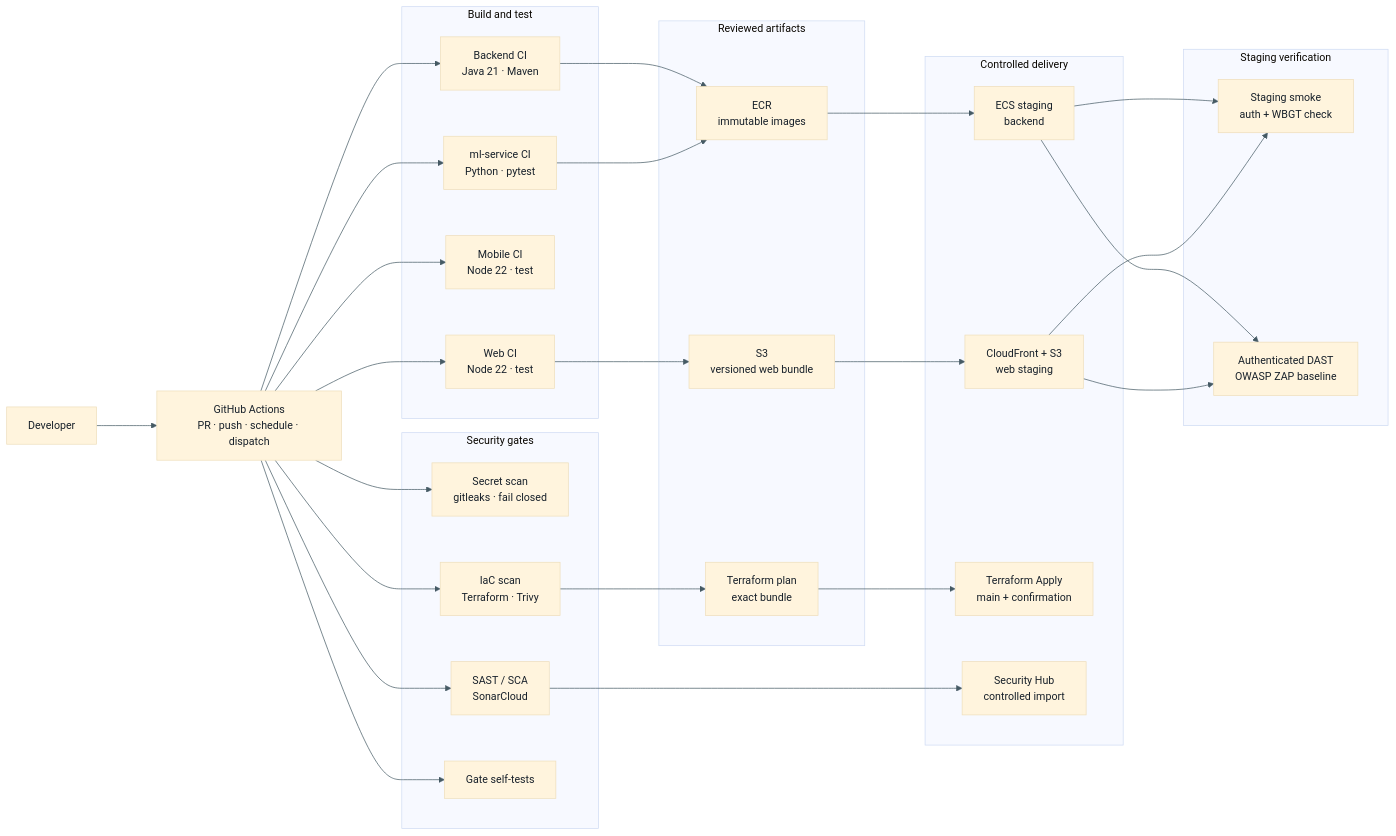
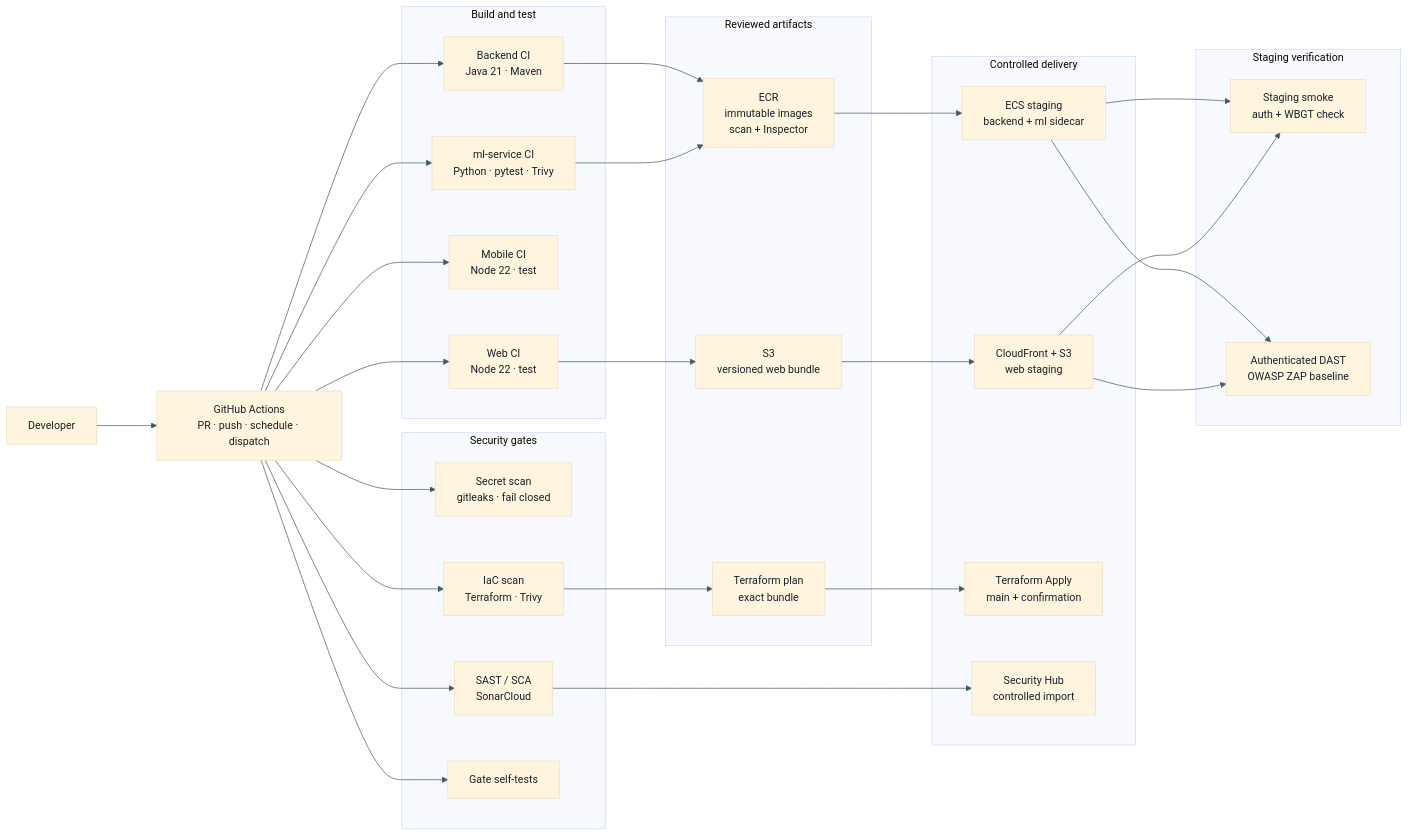
Before and after one commit to zctiong-iss/crewsafe: the third of 3 diagrams in docs/architecture/terraform-architecture.md, drawn with Mermaid. The commit also changed other lines of this file and 2 other files, not shown here.

Commit message:
fix: enhance architecture diagrams with detailed logging and API descriptions

````diff
--- a/docs/architecture/terraform-architecture.md
+++ b/docs/architecture/terraform-architecture.md
@@ -237,72 +258,72 @@
 ```mermaid
 %%{init: {
   "theme": "base",
   "themeVariables": {
     "fontFamily": "Arial, sans-serif",
     "fontSize": "15px",
     "primaryTextColor": "#17202a",
     "lineColor": "#455a64",
     "edgeLabelBackground": "#ffffff"
   },
   "flowchart": {
     "nodeSpacing": 65,
     "rankSpacing": 85,
     "htmlLabels": true,
     "useMaxWidth": false
   }
 }}%%
 flowchart LR
   dev[Developer]
   actions[GitHub Actions<br/>PR · push · schedule · dispatch]
 
   subgraph build[Build and test]
     backend[Backend CI<br/>Java 21 · Maven]
     web[Web CI<br/>Node 22 · test]
     mobile[Mobile CI<br/>Node 22 · test]
-    mlservice[ml-service CI<br/>Python · pytest]
+    mlservice[ml-service CI<br/>Python · pytest · Trivy]
   end
 
   subgraph security[Security gates]
     secrets[Secret scan<br/>gitleaks · fail closed]
     sast[SAST / SCA<br/>SonarCloud]
     iac[IaC scan<br/>Terraform · Trivy]
     selftests[Gate self-tests]
   end
 
   subgraph artifacts[Reviewed artifacts]
-    ecr[ECR<br/>immutable images]
+    ecr[ECR<br/>immutable images<br/>scan + Inspector]
     s3[S3<br/>versioned web bundle]
     plan[Terraform plan<br/>exact bundle]
   end
 
   subgraph delivery[Controlled delivery]
-    ecs[ECS staging<br/>backend]
+    ecs[ECS staging<br/>backend + ml sidecar]
     webstg[CloudFront + S3<br/>web staging]
     apply[Terraform Apply<br/>main + confirmation]
     hub[Security Hub<br/>controlled import]
   end
 
   subgraph verify[Staging verification]
     smoke[Staging smoke<br/>auth + WBGT check]
     dast[Authenticated DAST<br/>OWASP ZAP baseline]
   end
 
   dev --> actions
   actions --> backend
   actions --> web
   actions --> mobile
   actions --> mlservice
   actions --> secrets
   actions --> sast
   actions --> iac
   actions --> selftests
   backend --> ecr --> ecs
   mlservice --> ecr
   web --> s3 --> webstg
   iac --> plan --> apply
   sast --> hub
   ecs --> smoke
   webstg --> smoke
   ecs --> dast
   webstg --> dast
 ```
````
